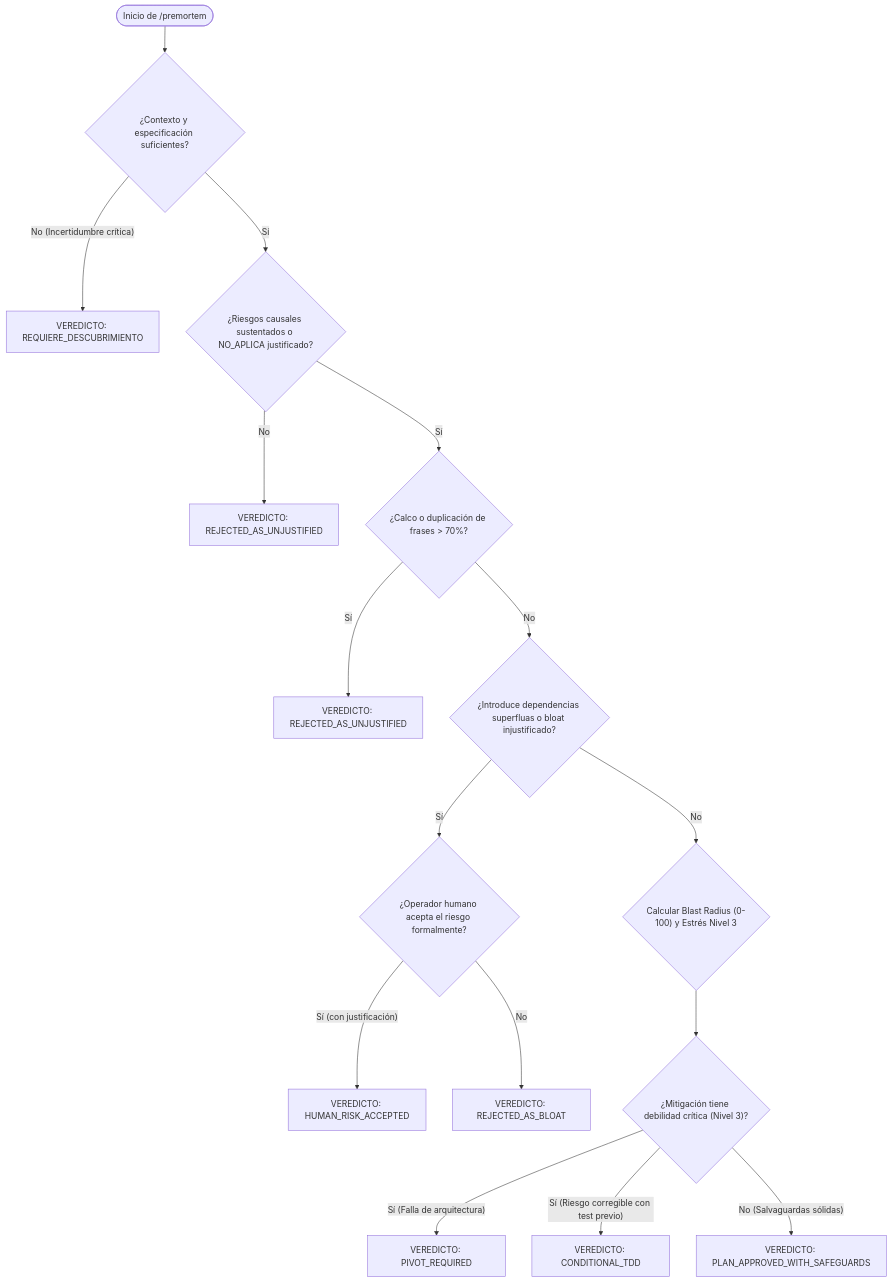
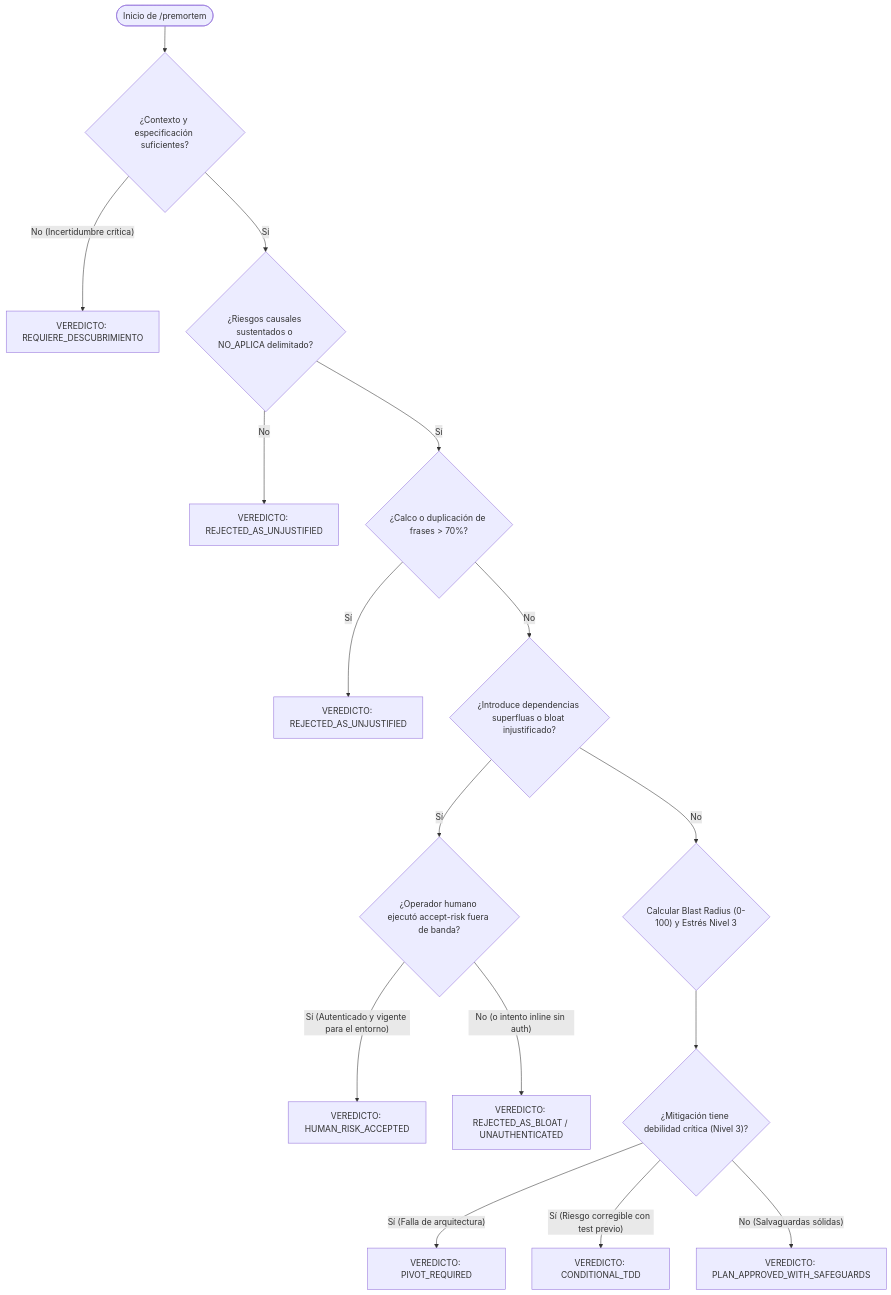
Before and after one commit to Acourd/axion-protocol: the diagram in .claude/commands/premortem.md, drawn with Mermaid. The commit also changed other lines of this file and 12 other files, not shown here.

Commit message:
fix(premortem): harden risk acceptance out-of-band, environment scoping, and NO_APLICA guards against Linear audit

````diff
--- a/.claude/commands/premortem.md
+++ b/.claude/commands/premortem.md
@@ -114,18 +135,18 @@
 ```mermaid
 flowchart TD
     Start(["Inicio de /premortem"]) --> CheckContext{"¿Contexto y especificación suficientes?"}
     CheckContext -- "No (Incertidumbre crítica)" --> V_DISCOVERY["VEREDICTO: REQUIERE_DESCUBRIMIENTO"]
-    CheckContext -- "Sí" --> CheckSustancia{"¿Riesgos causales sustentados o NO_APLICA justificado?"}
+    CheckContext -- "Sí" --> CheckSustancia{"¿Riesgos causales sustentados o NO_APLICA delimitado?"}
     CheckSustancia -- "No" --> V_UNJUST["VEREDICTO: REJECTED_AS_UNJUSTIFIED"]
     CheckSustancia -- "Sí" --> CheckCalco{"¿Calco o duplicación de frases > 70%?"}
     CheckCalco -- "Sí" --> V_UNJUST2["VEREDICTO: REJECTED_AS_UNJUSTIFIED"]
     CheckCalco -- "No" --> CheckBloat{"¿Introduce dependencias superfluas o bloat injustificado?"}
-    CheckBloat -- "Sí" --> CheckHumanBloat{"¿Operador humano acepta el riesgo formalmente?"}
-    CheckHumanBloat -- "Sí (con justificación)" --> V_HUMAN["VEREDICTO: HUMAN_RISK_ACCEPTED"]
-    CheckHumanBloat -- "No" --> V_BLOAT["VEREDICTO: REJECTED_AS_BLOAT"]
+    CheckBloat -- "Sí" --> CheckHumanBloat{"¿Operador humano ejecutó accept-risk fuera de banda?"}
+    CheckHumanBloat -- "Sí (Autenticado y vigente para el entorno)" --> V_HUMAN["VEREDICTO: HUMAN_RISK_ACCEPTED"]
+    CheckHumanBloat -- "No (o intento inline sin auth)" --> V_BLOAT["VEREDICTO: REJECTED_AS_BLOAT / UNAUTHENTICATED"]
     CheckBloat -- "No" --> EvalRadius{"Calcular Blast Radius (0-100) y Estrés Nivel 3"}
     EvalRadius --> CheckMitig{"¿Mitigación tiene debilidad crítica (Nivel 3)?"}
     CheckMitig -- "Sí (Falla de arquitectura)" --> V_PIVOT["VEREDICTO: PIVOT_REQUIRED"]
     CheckMitig -- "Sí (Riesgo corregible con test previo)" --> V_TDD["VEREDICTO: CONDITIONAL_TDD"]
     CheckMitig -- "No (Salvaguardas sólidas)" --> V_APP["VEREDICTO: PLAN_APPROVED_WITH_SAFEGUARDS"]
 ```
````
